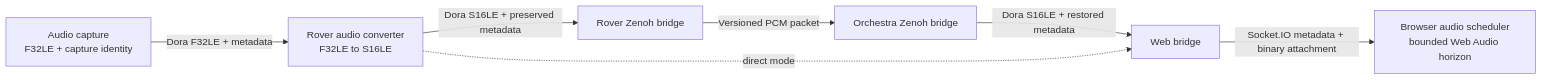
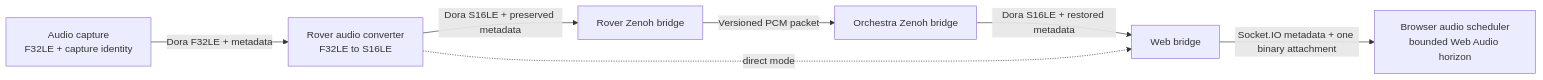
Before and after one commit to loidinhm31/robo-fleet-dora-rs: the diagram in ARCHITECTURE.md, drawn with Mermaid. The commit also changed other lines of this file and 1 other file, not shown here.

Commit message:
feat(audio): emit binary browser PCM frames

````diff
--- a/ARCHITECTURE.md
+++ b/ARCHITECTURE.md
@@ -347,16 +347,16 @@
 ```mermaid
 flowchart LR
     Capture["Audio capture<br/>F32LE + capture identity"]
     Converter["Rover audio converter<br/>F32LE to S16LE"]
     RoverBridge[Rover Zenoh bridge]
     OrchestraBridge[Orchestra Zenoh bridge]
     WebBridge[Web bridge]
     Browser["Browser audio scheduler<br/>bounded Web Audio horizon"]
 
     Capture -->|Dora F32LE + metadata| Converter
     Converter -->|Dora S16LE + preserved metadata| RoverBridge
     RoverBridge -->|Versioned PCM packet| OrchestraBridge
     OrchestraBridge -->|Dora S16LE + restored metadata| WebBridge
     Converter -. direct mode .-> WebBridge
-    WebBridge -->|Socket.IO metadata + binary attachment| Browser
+    WebBridge -->|Socket.IO metadata + one binary attachment| Browser
 ```
````
